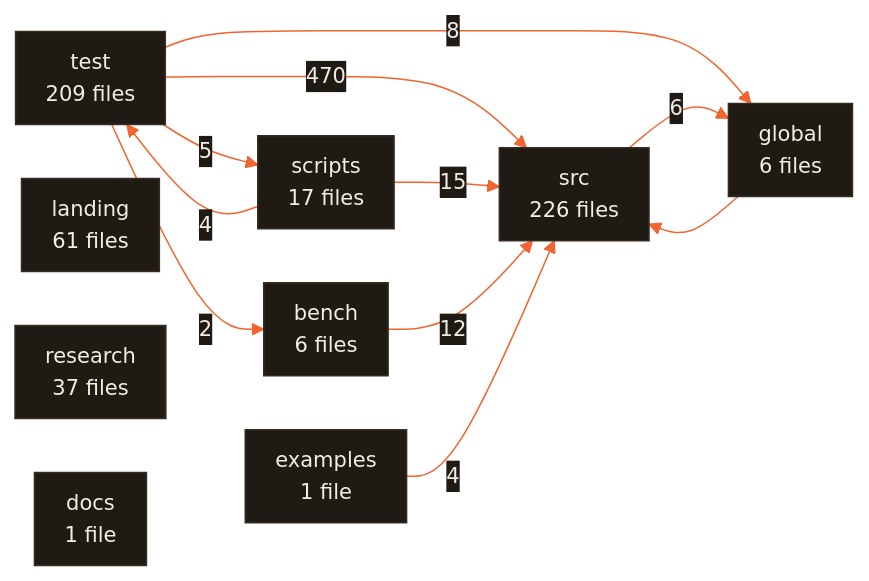
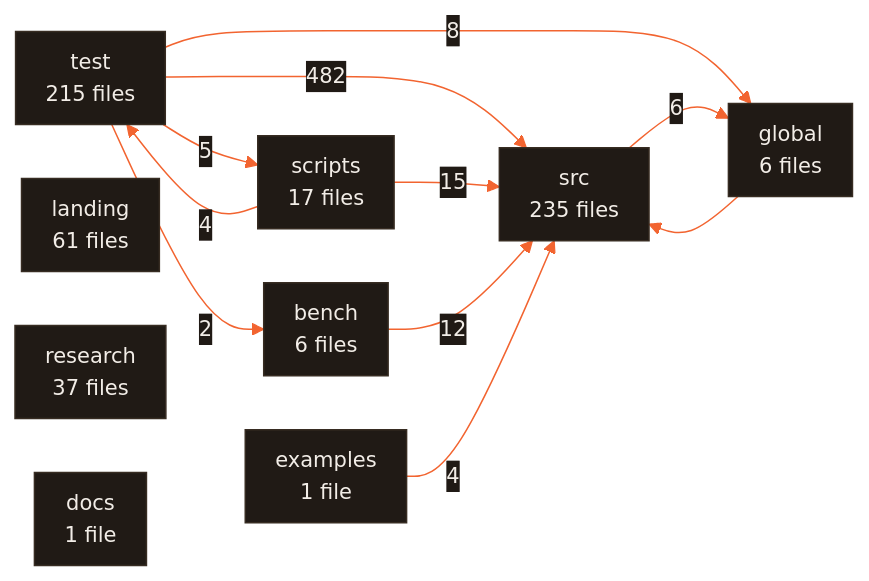
One commit to CodeWithJuber/forgekit changed the diagram in ARCHITECTURE.md. Above: the diagram before and after it, drawn with Mermaid. The commit also changed other lines of this file and 19 other files, not shown here.

````diff
--- a/ARCHITECTURE.md
+++ b/ARCHITECTURE.md
@@ -677,23 +680,23 @@
 ```mermaid
 %%{init: {'theme':'base','themeVariables':{'primaryColor':'#201a15','primaryTextColor':'#f2ede7','primaryBorderColor':'#372c22','lineColor':'#f26430','secondaryColor':'#272019','tertiaryColor':'#171310','edgeLabelBackground':'#201a15','clusterBkg':'#171310','clusterBorder':'#4a3b2e','fontFamily':'ui-sans-serif, system-ui, sans-serif','fontSize':'14px'},'flowchart':{'curve':'basis','padding':10,'nodeSpacing':36,'rankSpacing':44}}}%%
 flowchart LR
-  src["src<br/>226 files"]
-  test["test<br/>209 files"]
+  src["src<br/>235 files"]
+  test["test<br/>215 files"]
   landing["landing<br/>61 files"]
   research["research<br/>37 files"]
   scripts["scripts<br/>17 files"]
   bench["bench<br/>6 files"]
   global["global<br/>6 files"]
   docs["docs<br/>1 file"]
   examples["examples<br/>1 file"]
-  test -- 470 --> src
+  test -- 482 --> src
   scripts -- 15 --> src
   bench -- 12 --> src
   test -- 8 --> global
   src -- 6 --> global
   test -- 5 --> scripts
   examples -- 4 --> src
   scripts -- 4 --> test
   test -- 2 --> bench
   global --> src
 ```
````
